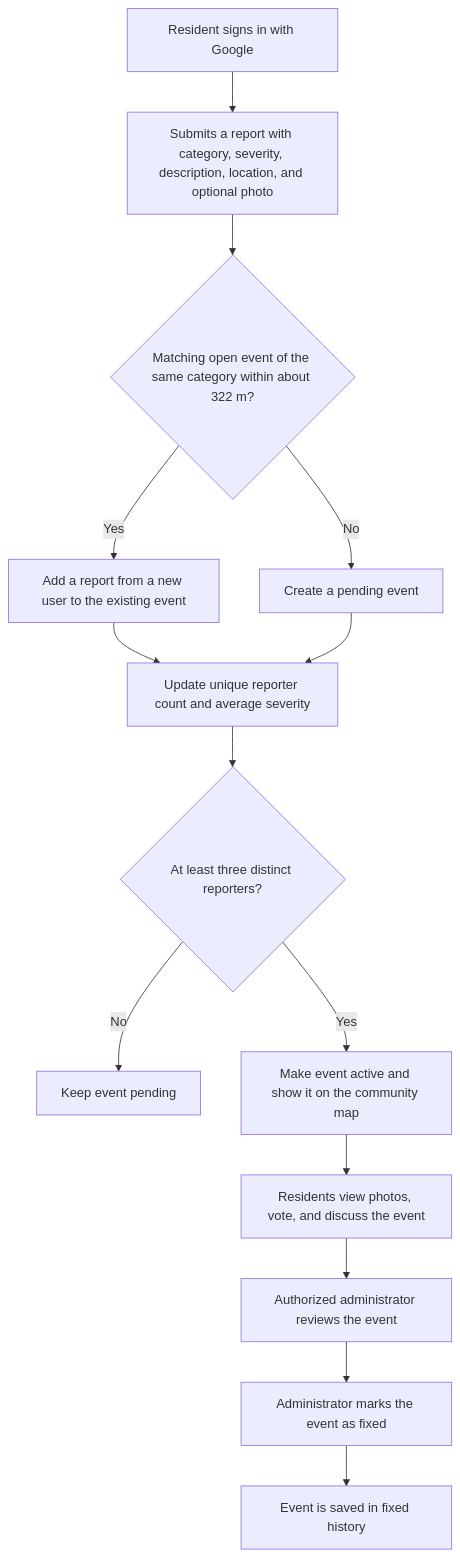
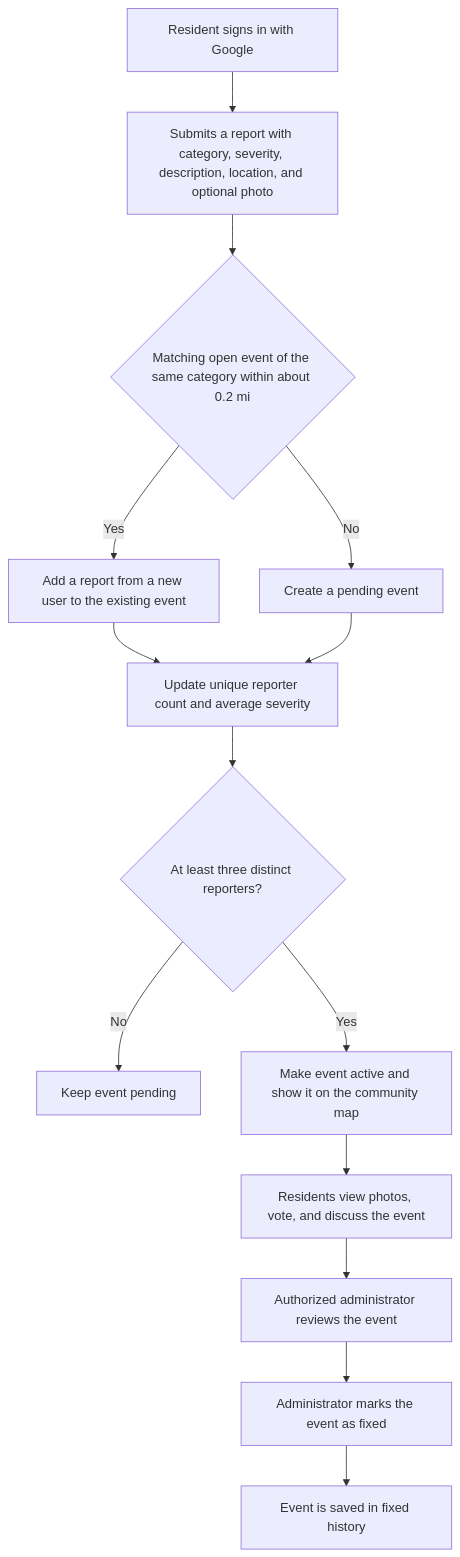
The diagram in README.md (mike123ike/Kinship), drawn with Mermaid before and after one commit.

````diff
--- a/README.md
+++ b/README.md
@@ -57,16 +57,16 @@
 ```mermaid
 flowchart TD
     A["Resident signs in with Google"] --> B["Submits a report with category, severity, description, location, and optional photo"]
-    B --> C{"Matching open event of the same category within about 322 m?"}
+    B --> C{"Matching open event of the same category within about 0.2 mi"}
     C -->|Yes| D["Add a report from a new user to the existing event"]
     C -->|No| E["Create a pending event"]
     D --> F["Update unique reporter count and average severity"]
     E --> F
     F --> G{"At least three distinct reporters?"}
     G -->|No| H["Keep event pending"]
     G -->|Yes| I["Make event active and show it on the community map"]
     I --> J["Residents view photos, vote, and discuss the event"]
     J --> K["Authorized administrator reviews the event"]
     K --> L["Administrator marks the event as fixed"]
     L --> M["Event is saved in fixed history"]
 ```
````
